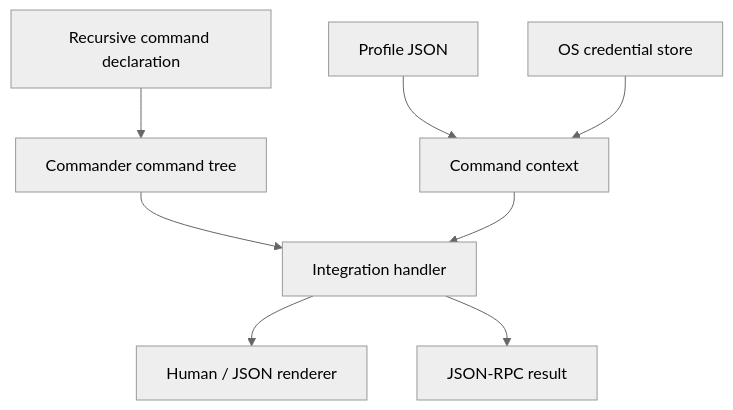
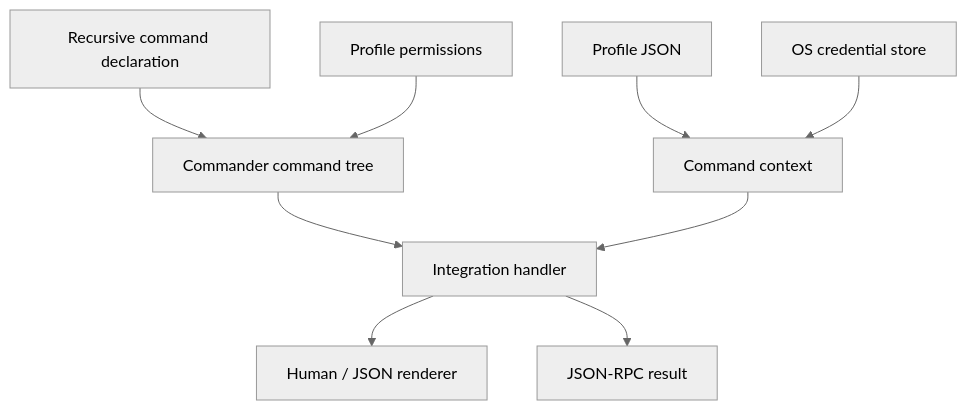
The diagram in docs/DESIGN.md (iXab3r/EyeAuras.CliFactory), drawn with Mermaid (neutral theme) before and after one commit. The commit also changed other lines of this file and 21 other files, not shown here.

````diff
--- a/docs/DESIGN.md
+++ b/docs/DESIGN.md
@@ -79,10 +94,11 @@
 ```mermaid
 flowchart TB
     declaration["Recursive command declaration"] --> commander["Commander command tree"]
     commander --> handler["Integration handler"]
     profiles["Profile JSON"] --> context["Command context"]
+    policy["Profile permissions"] --> commander
     keyring["OS credential store"] --> context
     context --> handler
     handler --> renderer["Human / JSON renderer"]
     handler --> rpc["JSON-RPC result"]
 ```
````
